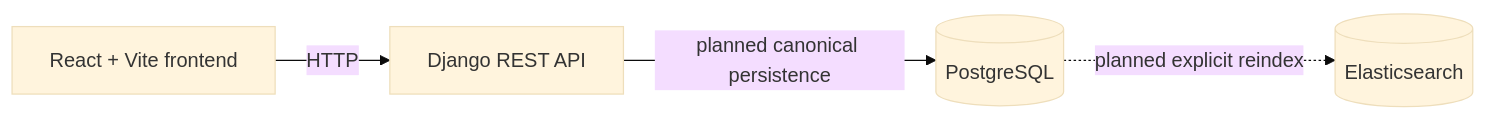
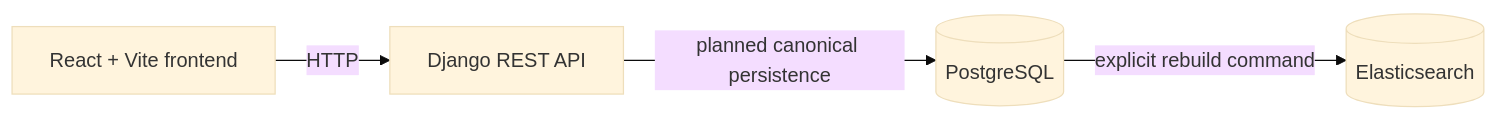
The diagram in docs/architecture.md (Rasoulsa/elastic-search), drawn with Mermaid (base theme) before and after one commit. The commit also changed other lines of this file and 19 other files, not shown here.

````diff
--- a/docs/architecture.md
+++ b/docs/architecture.md
@@ -17,6 +18,6 @@
 ```mermaid
 flowchart LR
     Browser[React + Vite frontend] -->|HTTP| API[Django REST API]
     API -->|planned canonical persistence| DB[(PostgreSQL)]
-    DB -.->|planned explicit reindex| ES[(Elasticsearch)]
+    DB -->|explicit rebuild command| ES[(Elasticsearch)]
 ```
````
